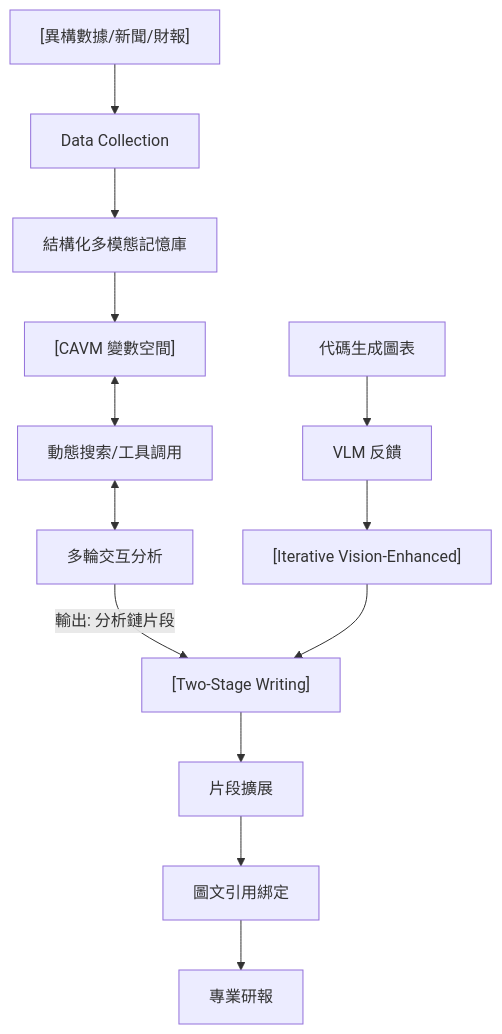
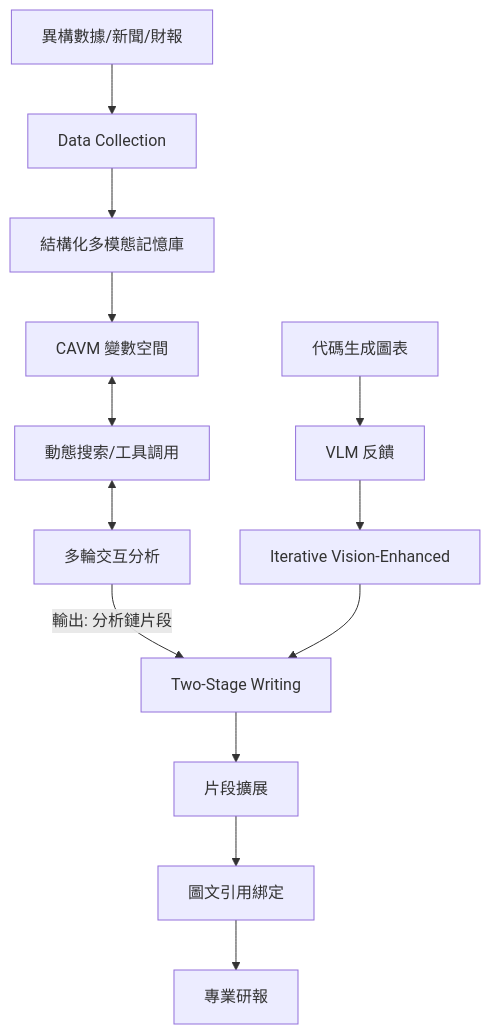
The diagram in foundations/llm-agentic/finsight.md (sou350121/Trading-Handbook), drawn with Mermaid before and after one commit. The commit also changed 191 other files, not shown here.

First line of the commit message:
render: fix math + mermaid for GitHub across the corpus (188 pages)

````diff
--- a/foundations/llm-agentic/finsight.md
+++ b/foundations/llm-agentic/finsight.md
@@ -32,15 +32,15 @@
 ```mermaid
 flowchart TD
-    N1["[異構數據/新聞/財報]"] --> N2["Data Collection"]
+    N1["異構數據/新聞/財報"] --> N2["Data Collection"]
     N2["Data Collection"] --> N3["結構化多模態記憶庫"]
-    N3["結構化多模態記憶庫"] --> N4["[CAVM 變數空間]"]
-    N4["[CAVM 變數空間]"] <--> N5["動態搜索/工具調用"]
+    N3["結構化多模態記憶庫"] --> N4["CAVM 變數空間"]
+    N4["CAVM 變數空間"] <--> N5["動態搜索/工具調用"]
     N5["動態搜索/工具調用"] <--> N6["多輪交互分析"]
-    N6["多輪交互分析"] -->|"輸出: 分析鏈片段"| N7["[Two-Stage Writing]"]
-    N7["[Two-Stage Writing]"] --> N8["片段擴展"]
+    N6["多輪交互分析"] -->|"輸出: 分析鏈片段"| N7["Two-Stage Writing"]
+    N7["Two-Stage Writing"] --> N8["片段擴展"]
     N8["片段擴展"] --> N9["圖文引用綁定"]
     N9["圖文引用綁定"] --> N10["專業研報"]
-    N11["[Iterative Vision-Enhanced]"] --> N7["[Two-Stage Writing]"]
-    N12["VLM 反饋"] --> N11["[Iterative Vision-Enhanced]"]
+    N11["Iterative Vision-Enhanced"] --> N7["Two-Stage Writing"]
+    N12["VLM 反饋"] --> N11["Iterative Vision-Enhanced"]
     N13["代碼生成圖表"] --> N12["VLM 反饋"]
 ```
````
